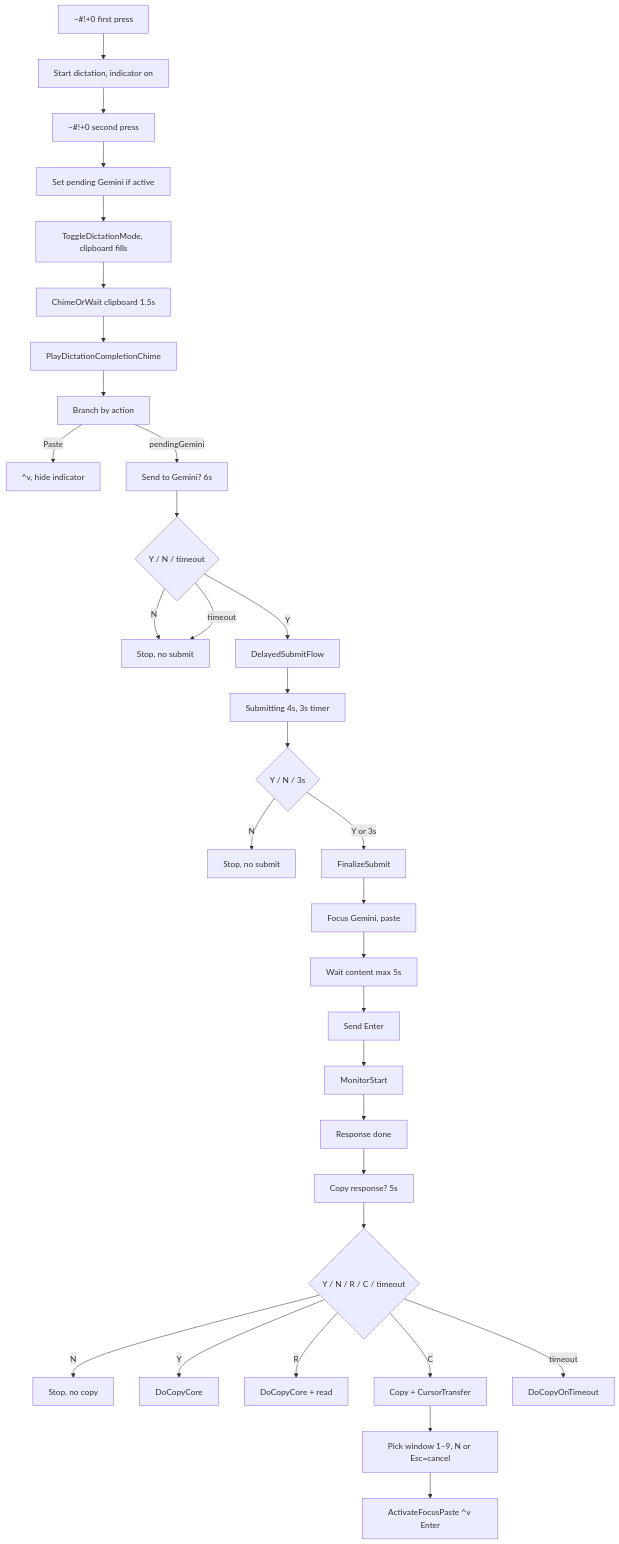
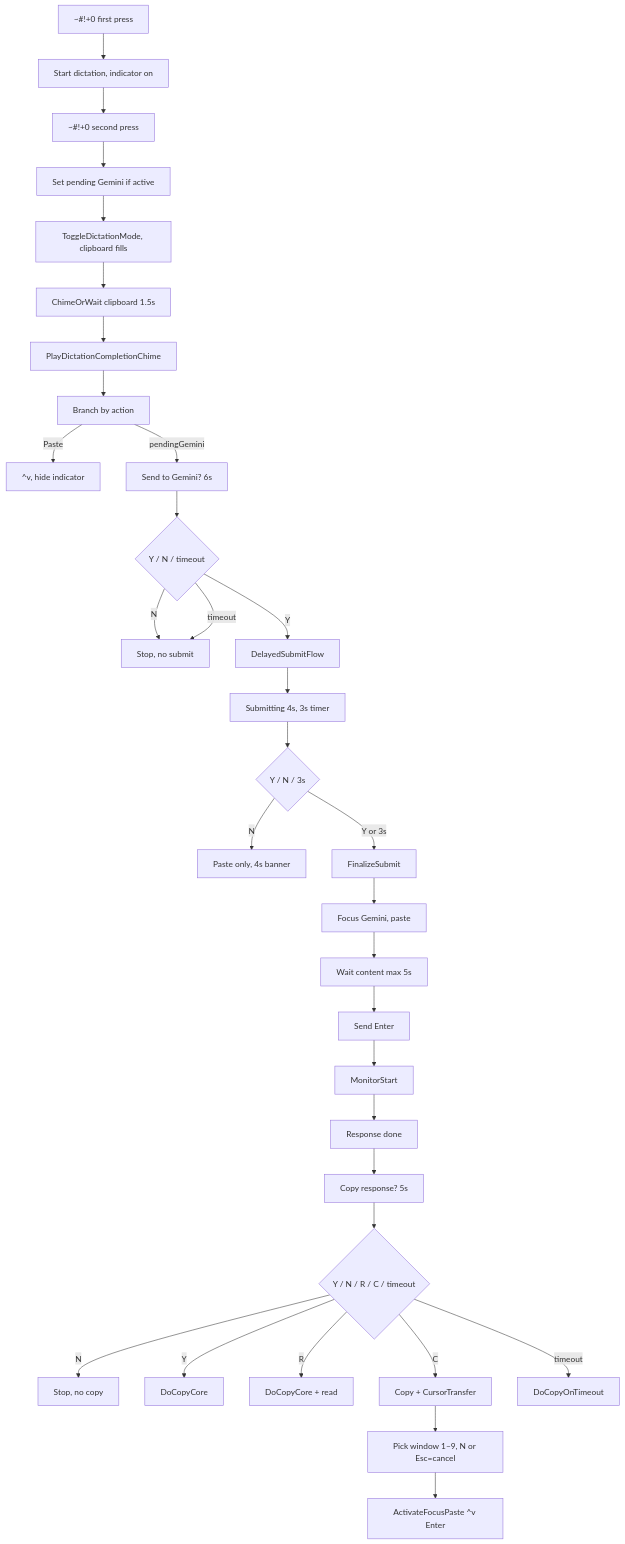
Before and after one commit to duducm2/scripts: the first of 2 diagrams in docs/dictation-to-gemini-cursor-flow.md, drawn with Mermaid. The commit also changed other lines of this file and 5 other files, not shown here.

````diff
--- a/docs/dictation-to-gemini-cursor-flow.md
+++ b/docs/dictation-to-gemini-cursor-flow.md
@@ -7,35 +7,35 @@
 ```mermaid
 flowchart TB
     H0["~#!+0 first press"]
     H0 --> StartDict["Start dictation, indicator on"]
     StartDict --> H0Stop["~#!+0 second press"]
     H0Stop --> SetPending["Set pending Gemini if active"]
     SetPending --> ToggleMode["ToggleDictationMode, clipboard fills"]
     ToggleMode --> WaitClip["ChimeOrWait clipboard 1.5s"]
     WaitClip --> PlayChime["PlayDictationCompletionChime"]
     PlayChime --> Branch["Branch by action"]
     Branch --> |"Paste"| PasteOnly["^v, hide indicator"]
     Branch --> |"pendingGemini"| ShowAndWait["Send to Gemini? 6s"]
     ShowAndWait --> User6s{"Y / N / timeout"}
     User6s --> |"N"| Stop6s["Stop, no submit"]
     User6s --> |"timeout"| Stop6s
     User6s --> |"Y"| DelayedFlow["DelayedSubmitFlow"]
     DelayedFlow --> Banner4s["Submitting 4s, 3s timer"]
     Banner4s --> User4s{"Y / N / 3s"}
-    User4s --> |"N"| Stop4s["Stop, no submit"]
+    User4s --> |"N"| Stop4s["Paste only, 4s banner"]
     User4s --> |"Y or 3s"| Finalize["FinalizeSubmit"]
     Finalize --> PasteGemini["Focus Gemini, paste"]
     PasteGemini --> WaitContent["Wait content max 5s"]
     WaitContent --> SendEnter["Send Enter"]
     SendEnter --> StartMonitor["MonitorStart"]
     StartMonitor --> ResponseDone["Response done"]
     ResponseDone --> BannerCopy["Copy response? 5s"]
     BannerCopy --> UserCopy{"Y / N / R / C / timeout"}
     UserCopy --> |"N"| StopCopy["Stop, no copy"]
     UserCopy --> |"Y"| DoCopyOnly["DoCopyCore"]
     UserCopy --> |"R"| DoCopyRead["DoCopyCore + read"]
     UserCopy --> |"C"| DoTransfer["Copy + CursorTransfer"]
     UserCopy --> |"timeout"| DoCopyTimeout["DoCopyOnTimeout"]
     DoTransfer --> SelectWin["Pick window 1–9, N or Esc=cancel"]
     SelectWin --> ActivatePaste["ActivateFocusPaste ^v Enter"]
 ```
````
